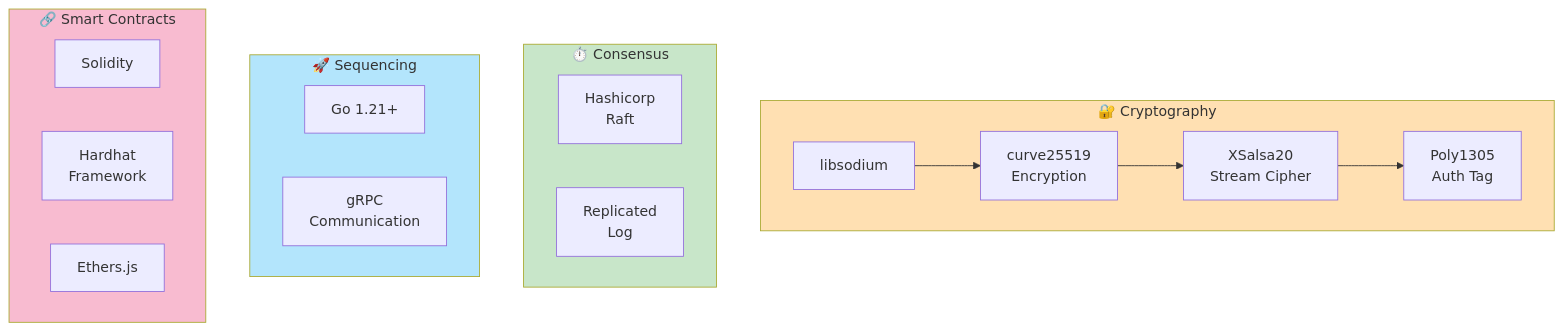
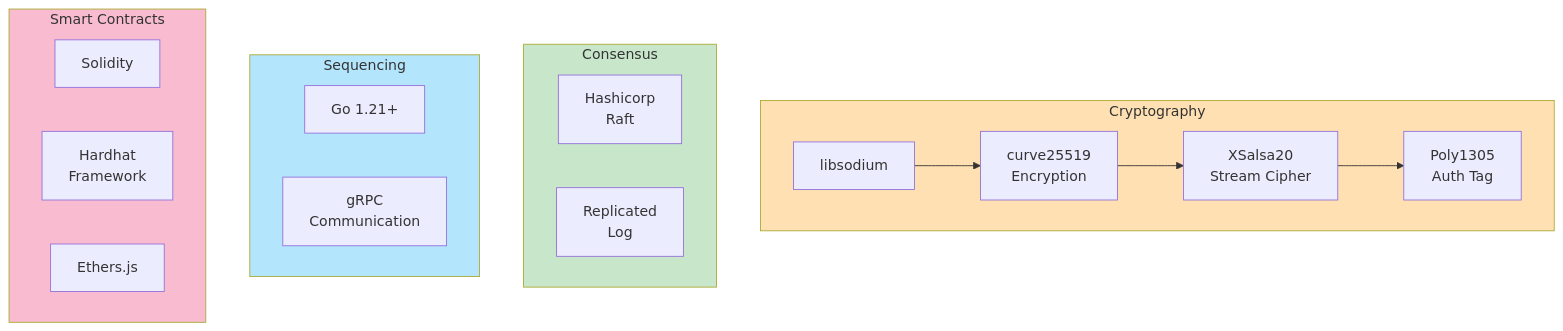
One commit to drumilbhati/secureorder changed the seventh of 10 diagrams in README.md. Above: the diagram before and after it, drawn with Mermaid. The commit also changed other lines of this file, not shown here.

First line of the commit message:
fix: remove emoji characters from mermaid diagrams for proper rendering

````diff
--- a/README.md
+++ b/README.md
@@ -146,34 +146,34 @@
 ```mermaid
 graph TB
-    subgraph Crypto["🔐 Cryptography"]
+    subgraph Crypto["Cryptography"]
         Sodium["libsodium"]
         Curve25519["curve25519<br/>Encryption"]
         XSalsa20["XSalsa20<br/>Stream Cipher"]
         Poly1305["Poly1305<br/>Auth Tag"]
     end
     
-    subgraph Consensus["⏱️ Consensus"]
+    subgraph Consensus["Consensus"]
         Raft["Hashicorp<br/>Raft"]
         Log["Replicated<br/>Log"]
     end
     
-    subgraph Sequencing["🚀 Sequencing"]
+    subgraph Sequencing["Sequencing"]
         Go["Go 1.21+"]
         gRPC["gRPC<br/>Communication"]
     end
     
-    subgraph SmartContracts["🔗 Smart Contracts"]
+    subgraph SmartContracts["Smart Contracts"]
         Solidity["Solidity"]
         Hardhat["Hardhat<br/>Framework"]
         Ethers["Ethers.js"]
     end
     
     Sodium --> Curve25519
     Curve25519 --> XSalsa20
     XSalsa20 --> Poly1305
     
     style Crypto fill:#ffe0b2
     style Consensus fill:#c8e6c9
     style Sequencing fill:#b3e5fc
     style SmartContracts fill:#f8bbd0
 ```
````
